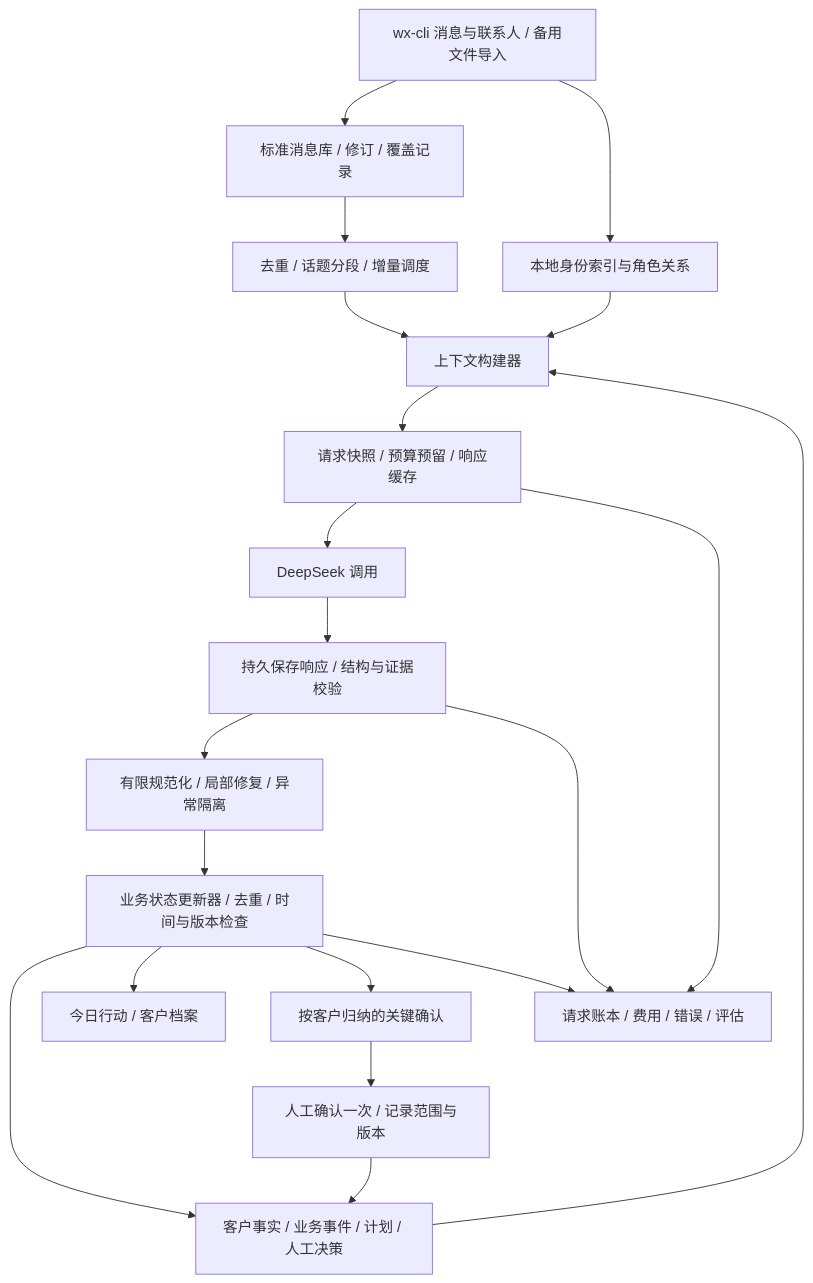
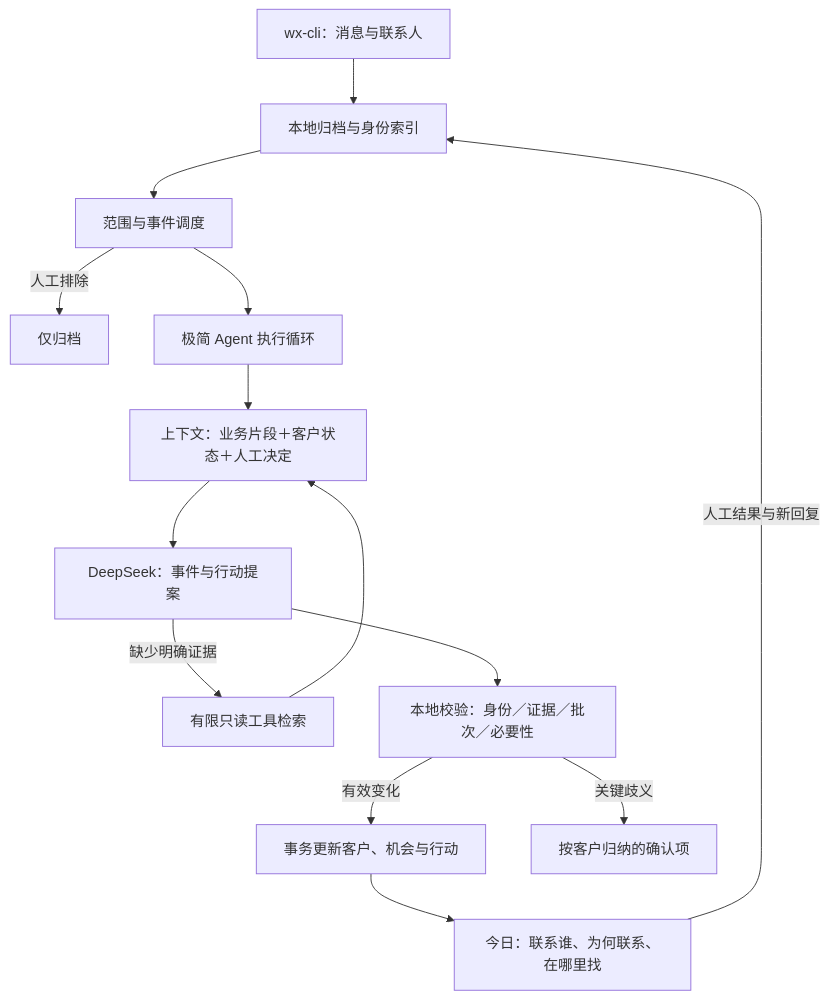
The diagram in docs/MODEL_HARNESS_DESIGN.md (EligahYy/Wechat-Agent), drawn with Mermaid before and after one commit. The commit also changed other lines of this file and 5 other files, not shown here.

````diff
--- a/docs/MODEL_HARNESS_DESIGN.md
+++ b/docs/MODEL_HARNESS_DESIGN.md
@@ -49,22 +145,16 @@
 ```mermaid
 flowchart TD
-    A[wx-cli 消息与联系人 / 备用文件导入] --> B[标准消息库 / 修订 / 覆盖记录]
-    A --> C[本地身份索引与角色关系]
-    B --> D[去重 / 话题分段 / 增量调度]
-    C --> E[上下文构建器]
-    D --> E
-    M[客户事实 / 业务事件 / 计划 / 人工决策] --> E
-    E --> F[请求快照 / 预算预留 / 响应缓存]
-    F --> G[DeepSeek 调用]
-    G --> H[持久保存响应 / 结构与证据校验]
-    H --> I[有限规范化 / 局部修复 / 异常隔离]
-    I --> J[业务状态更新器 / 去重 / 时间与版本检查]
-    J --> M
-    J --> K[今日行动 / 客户档案]
-    J --> L[按客户归纳的关键确认]
-    L --> N[人工确认一次 / 记录范围与版本]
-    N --> M
-    F --> O[请求账本 / 费用 / 错误 / 评估]
-    H --> O
-    J --> O
+  W[wx-cli：消息与联系人] --> I[本地归档与身份索引]
+  I --> S[范围与事件调度]
+  S -->|人工排除| A[仅归档]
+  S --> H[极简 Agent 执行循环]
+  H --> C[上下文：业务片段＋客户状态＋人工决定]
+  C --> D[DeepSeek：事件与行动提案]
+  D -->|缺少明确证据| T[有限只读工具检索]
+  T --> C
+  D --> V[本地校验：身份／证据／批次／必要性]
+  V -->|有效变化| R[事务更新客户、机会与行动]
+  V -->|关键歧义| Q[按客户归纳的确认项]
+  R --> UI[今日：联系谁、为何联系、在哪里找]
+  UI -->|人工结果与新回复| I
 ```
````
